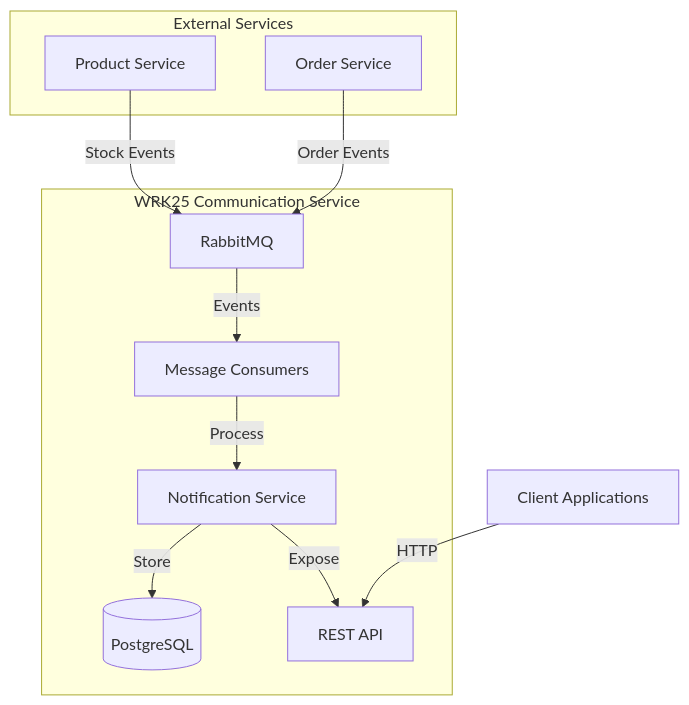
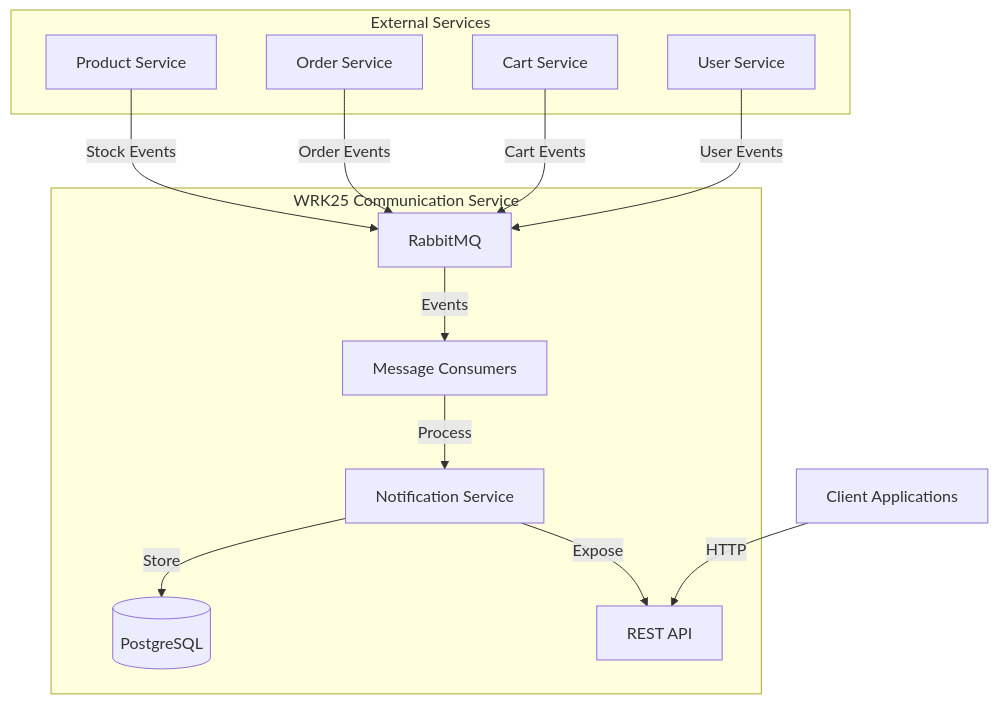
The first of 3 diagrams in README.md (GFTCOMS/WRK25COMMUNICATION), drawn with Mermaid before and after one commit. The commit also changed other lines of this file and 8 other files, not shown here.

````diff
--- a/README.md
+++ b/README.md
@@ -20,23 +22,27 @@
 ```mermaid
 flowchart TB
     subgraph "External Services"
         ProductService[Product Service]
         OrderService[Order Service]
+        CartService[Cart Service]
+        UserService[User Service]
     end
 
     subgraph "WRK25 Communication Service"
         RabbitMQ[RabbitMQ]
         Consumers[Message Consumers]
         NotificationService[Notification Service]
         DB[(PostgreSQL)]
         API[REST API]
     end
 
     ProductService -->|Stock Events| RabbitMQ
     OrderService -->|Order Events| RabbitMQ
+    CartService -->|Cart Events| RabbitMQ
+    UserService -->|User Events| RabbitMQ
     RabbitMQ -->|Events| Consumers
     Consumers -->|Process| NotificationService
     NotificationService -->|Store| DB
     NotificationService -->|Expose| API
     Client[Client Applications] -->|HTTP| API
 ```
````
